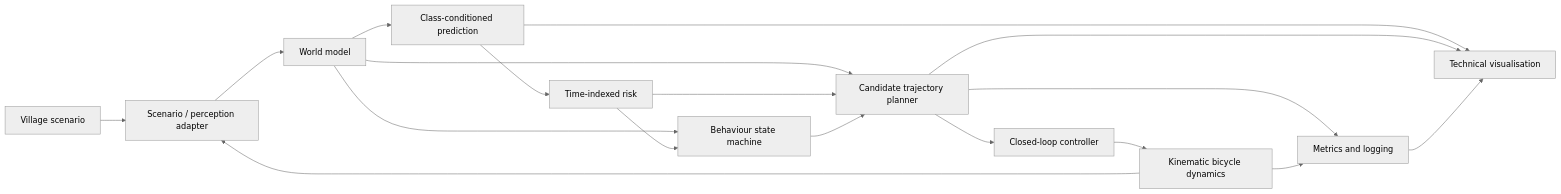
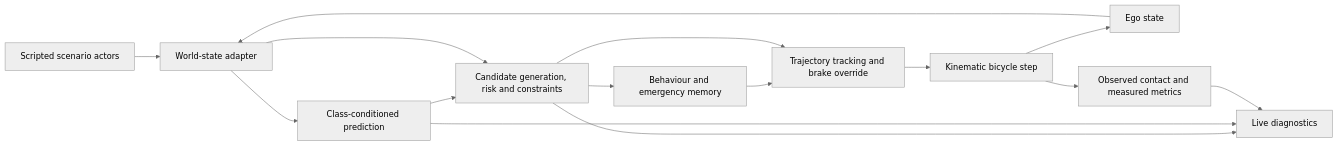
Before and after one commit to PathWeaverr/PathWeaver: the diagram in docs/ARCHITECTURE.md, drawn with Mermaid (neutral theme). The commit also changed other lines of this file and 16 other files, not shown here.

````diff
--- a/docs/ARCHITECTURE.md
+++ b/docs/ARCHITECTURE.md
@@ -15,20 +10,17 @@
 ```mermaid
 flowchart LR
-    S[Village scenario] --> A[Scenario / perception adapter]
-    A --> W[World model]
+    A[Scripted scenario actors] --> W[World-state adapter]
+    E[Ego state] --> W
     W --> P[Class-conditioned prediction]
-    P --> R[Time-indexed risk]
-    W --> B[Behaviour state machine]
-    R --> B
-    W --> T[Candidate trajectory planner]
-    R --> T
-    B --> T
-    T --> C[Closed-loop controller]
-    C --> V[Kinematic bicycle dynamics]
-    V --> A
-    T --> M[Metrics and logging]
-    V --> M
-    P --> Z[Technical visualisation]
-    T --> Z
-    M --> Z
+    P --> T[Candidate generation, risk and constraints]
+    W --> T
+    T --> B[Behaviour and emergency memory]
+    B --> C[Trajectory tracking and brake override]
+    T --> C
+    C --> V[Kinematic bicycle step]
+    V --> E
+    T --> D[Live diagnostics]
+    P --> D
+    V --> M[Observed contact and measured metrics]
+    M --> D
 ```
````
